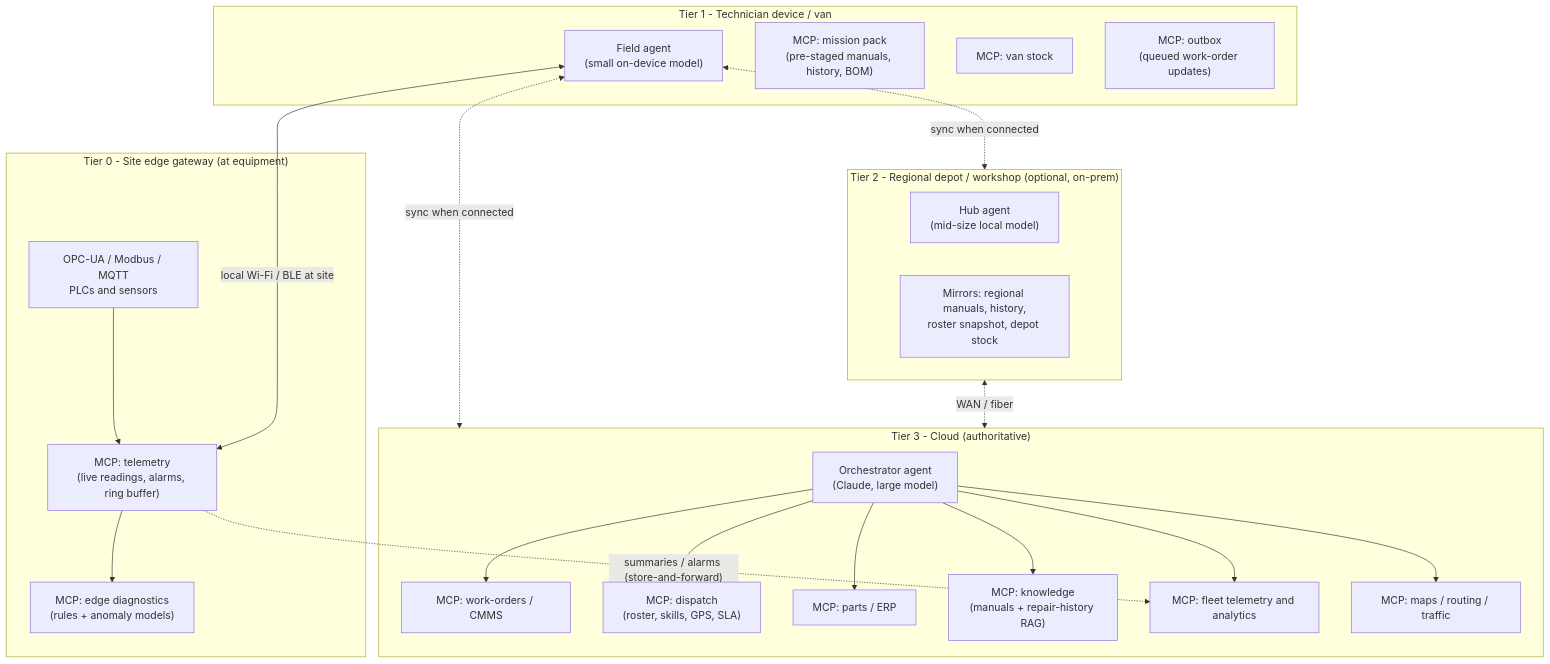
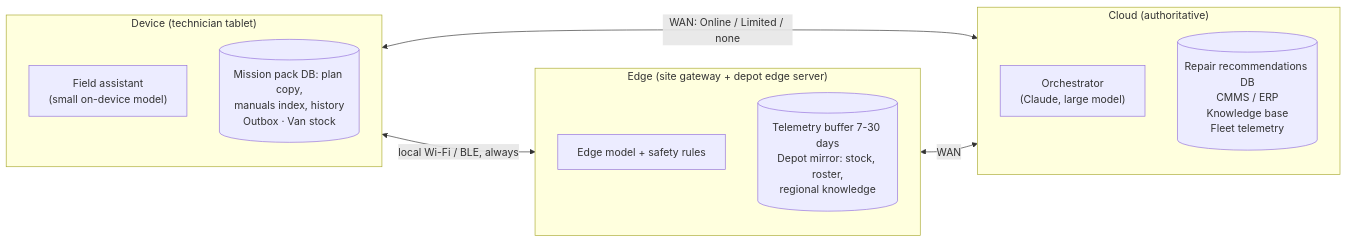
One commit to chandra50/hybrid-ai-service changed the first of 3 diagrams in docs/DESIGN.md. Above: the diagram before and after it, drawn with Mermaid. The commit also changed other lines of this file and 21 other files, not shown here.

````diff
--- a/docs/DESIGN.md
+++ b/docs/DESIGN.md
@@ -36,38 +36,18 @@
 ```mermaid
-flowchart TB
-  subgraph CLOUD["Tier 3 - Cloud (authoritative)"]
-    ORCH["Orchestrator agent<br/>(Claude, large model)"]
-    C_CMMS["MCP: work-orders / CMMS"]
-    C_DISP["MCP: dispatch<br/>(roster, skills, GPS, SLA)"]
-    C_PARTS["MCP: parts / ERP"]
-    C_KB["MCP: knowledge<br/>(manuals + repair-history RAG)"]
-    C_FLEET["MCP: fleet telemetry and analytics"]
-    C_GEO["MCP: maps / routing / traffic"]
+flowchart LR
+  subgraph CLOUD["Cloud (authoritative)"]
+    ORCH["Orchestrator<br/>(Claude, large model)"]
+    C_DB[("Repair recommendations DB<br/>CMMS / ERP<br/>Knowledge base<br/>Fleet telemetry")]
   end
-
-  subgraph HUB["Tier 2 - Regional depot / workshop (optional, on-prem)"]
-    H_AGENT["Hub agent<br/>(mid-size local model)"]
-    H_MIRROR["Mirrors: regional manuals, history,<br/>roster snapshot, depot stock"]
+  subgraph EDGE["Edge (site gateway + depot edge server)"]
+    E_AI["Edge model + safety rules"]
+    E_DB[("Telemetry buffer 7-30 days<br/>Depot mirror: stock, roster,<br/>regional knowledge")]
   end
-
-  subgraph FIELD["Tier 1 - Technician device / van"]
-    F_AGENT["Field agent<br/>(small on-device model)"]
-    F_PACK["MCP: mission pack<br/>(pre-staged manuals, history, BOM)"]
-    F_VAN["MCP: van stock"]
-    F_OUT["MCP: outbox<br/>(queued work-order updates)"]
+  subgraph DEVICE["Device (technician tablet)"]
+    D_AI["Field assistant<br/>(small on-device model)"]
+    D_DB[("Mission pack DB: plan copy,<br/>manuals index, history<br/>Outbox · Van stock")]
   end
-
-  subgraph EDGE["Tier 0 - Site edge gateway (at equipment)"]
-    E_TEL["MCP: telemetry<br/>(live readings, alarms, ring buffer)"]
-    E_DIAG["MCP: edge diagnostics<br/>(rules + anomaly models)"]
-    E_PLC["OPC-UA / Modbus / MQTT<br/>PLCs and sensors"]
-  end
-
-  E_PLC --> E_TEL --> E_DIAG
-  E_TEL -. "summaries / alarms (store-and-forward)" .-> C_FLEET
-  F_AGENT <-- "local Wi-Fi / BLE at site" --> E_TEL
-  F_AGENT <-. "sync when connected" .-> HUB
-  F_AGENT <-. "sync when connected" .-> CLOUD
-  HUB <-. "WAN / fiber" .-> CLOUD
-  ORCH --> C_CMMS & C_DISP & C_PARTS & C_KB & C_FLEET & C_GEO
+  DEVICE <-- "WAN: Online / Limited / none" --> CLOUD
+  EDGE <-- "WAN" --> CLOUD
+  DEVICE <-- "local Wi-Fi / BLE, always" --> EDGE
 ```
````
